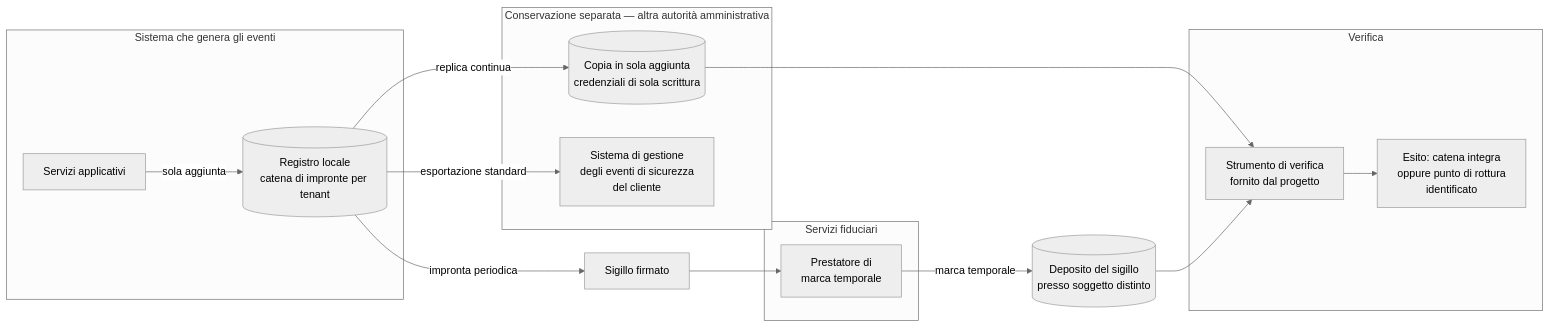
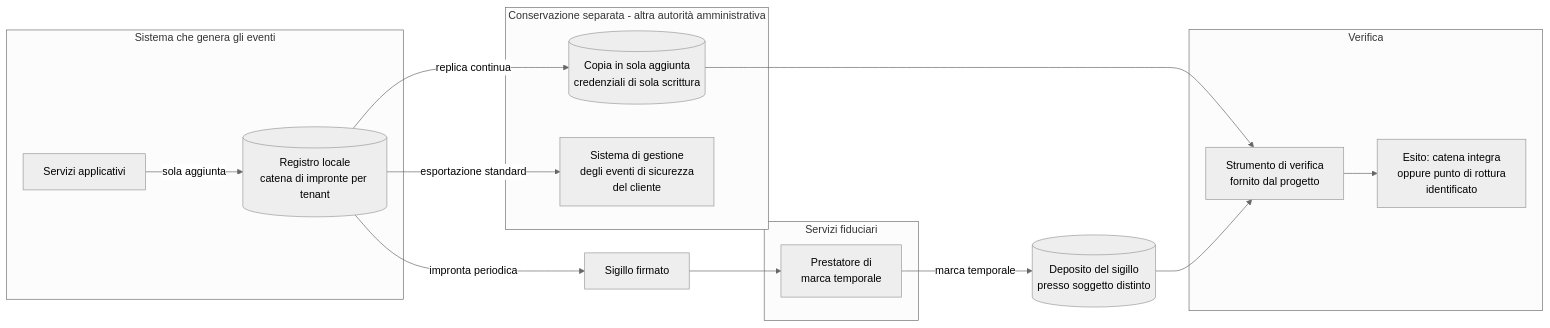
One commit to fedcal/Telemedic changed the fifth of 5 diagrams in docs/10_fondamenti/12-crittografia-e-sicurezza.md. Above: the diagram before and after it, drawn with Mermaid (neutral theme). The commit also changed other lines of this file and 301 other files, not shown here.

````diff
--- a/docs/10_fondamenti/12-crittografia-e-sicurezza.md
+++ b/docs/10_fondamenti/12-crittografia-e-sicurezza.md
@@ -2019,26 +2020,26 @@
 ```mermaid
 flowchart LR
     subgraph GEN["Sistema che genera gli eventi"]
         APP["Servizi applicativi"] -- "sola aggiunta" --> CH[("Registro locale<br/>catena di impronte per tenant")]
     end
-    subgraph SEP["Conservazione separata — altra autorità amministrativa"]
+    subgraph SEP["Conservazione separata - altra autorità amministrativa"]
         COPY[("Copia in sola aggiunta<br/>credenziali di sola scrittura")]
         SIEM["Sistema di gestione<br/>degli eventi di sicurezza<br/>del cliente"]
     end
     subgraph TRUST["Servizi fiduciari"]
         TSA["Prestatore di<br/>marca temporale"]
     end
     subgraph VER["Verifica"]
         TOOL["Strumento di verifica<br/>fornito dal progetto"]
         OUT["Esito: catena integra<br/>oppure punto di rottura<br/>identificato"]
     end
 
     CH -- "replica continua" --> COPY
     CH -- "esportazione standard" --> SIEM
     CH -- "impronta periodica" --> SEAL["Sigillo firmato"]
     SEAL --> TSA
     TSA -- "marca temporale" --> DEP[("Deposito del sigillo<br/>presso soggetto distinto")]
     COPY --> TOOL
     DEP --> TOOL
     TOOL --> OUT
 ```
````
